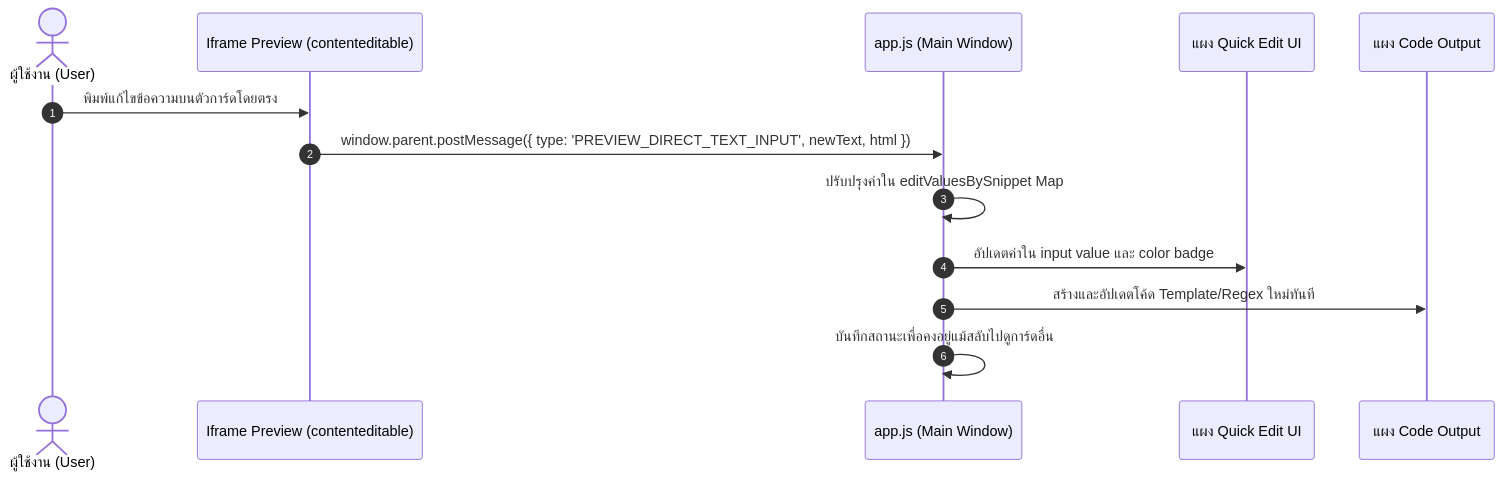
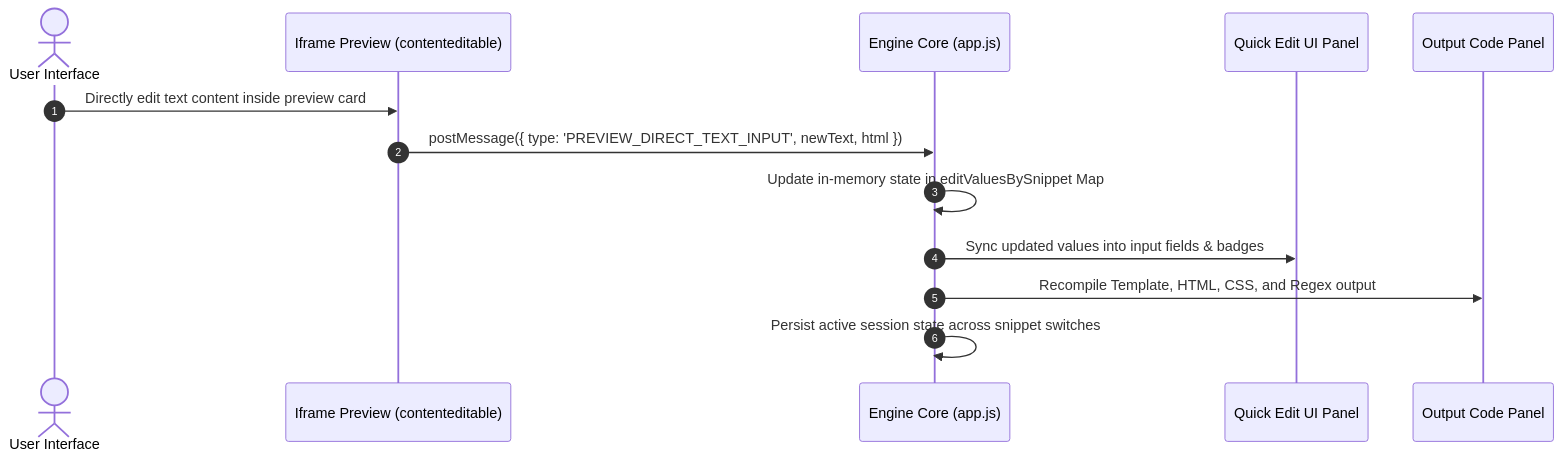
Before and after one commit to jadesolju/Snippet-Studio: the sixth of 7 diagrams in RUBII_CODE_STUDY_AND_ARCHITECTURE_RESEARCH.md, drawn with Mermaid. The commit also changed other lines of this file and 2 other files, not shown here.

Commit message:
docs: standardize all Mermaid diagrams to English with Thai workflow blockquotes and zero emojis

````diff
--- a/RUBII_CODE_STUDY_AND_ARCHITECTURE_RESEARCH.md
+++ b/RUBII_CODE_STUDY_AND_ARCHITECTURE_RESEARCH.md
@@ -234,16 +260,16 @@
 ```mermaid
 sequenceDiagram
     autonumber
-    actor User as ผู้ใช้งาน (User)
+    actor User as User Interface
     participant Preview as Iframe Preview (contenteditable)
-    participant App as app.js (Main Window)
-    participant QuickEdit as แผง Quick Edit UI
-    participant CodePanel as แผง Code Output
+    participant App as Engine Core (app.js)
+    participant QuickEdit as Quick Edit UI Panel
+    participant CodePanel as Output Code Panel
 
-    User->>Preview: พิมพ์แก้ไขข้อความบนตัวการ์ดโดยตรง
-    Preview->>App: window.parent.postMessage({ type: 'PREVIEW_DIRECT_TEXT_INPUT', newText, html })
-    App->>App: ปรับปรุงค่าใน editValuesBySnippet Map
-    App->>QuickEdit: อัปเดตค่าใน input value และ color badge
-    App->>CodePanel: สร้างและอัปเดตโค้ด Template/Regex ใหม่ทันที
-    App->>App: บันทึกสถานะเพื่อคงอยู่แม้สลับไปดูการ์ดอื่น
+    User->>Preview: Directly edit text content inside preview card
+    Preview->>App: postMessage({ type: 'PREVIEW_DIRECT_TEXT_INPUT', newText, html })
+    App->>App: Update in-memory state in editValuesBySnippet Map
+    App->>QuickEdit: Sync updated values into input fields & badges
+    App->>CodePanel: Recompile Template, HTML, CSS, and Regex output
+    App->>App: Persist active session state across snippet switches
 ```
````
